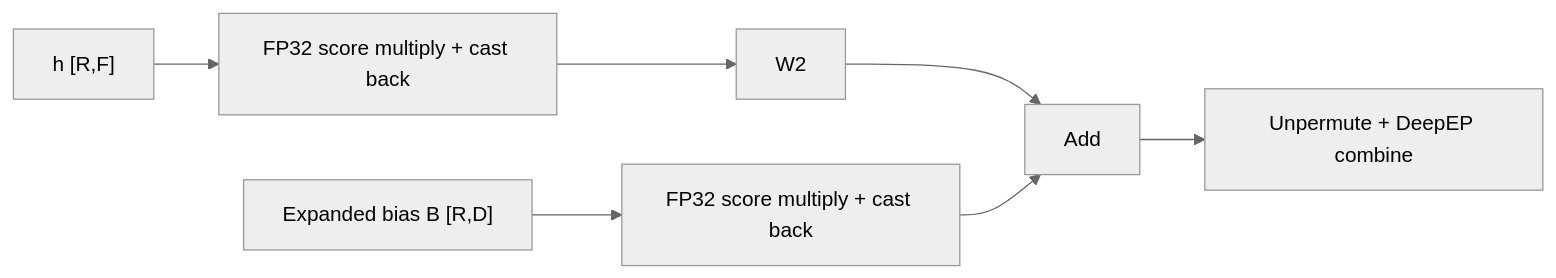
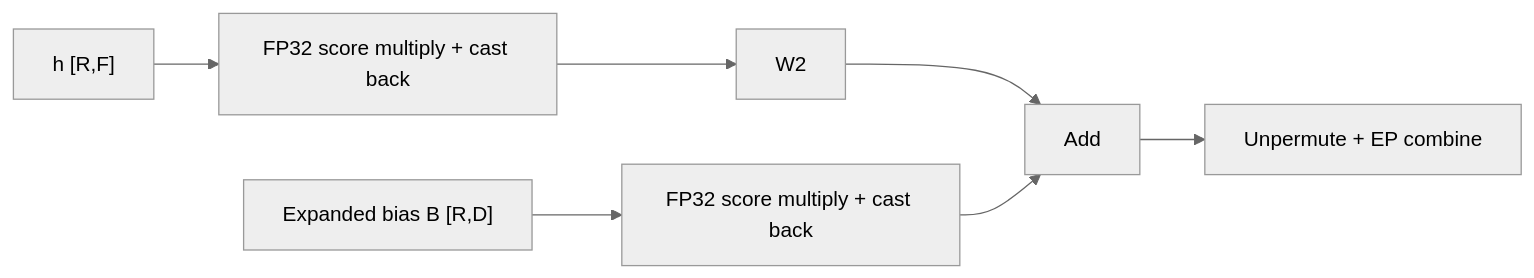
One commit to pytorch/torchtitan changed the second of 3 diagrams in torchtitan/models/common/moe/ROUTER_SCORE_ABSORPTION.md. Above: the diagram before and after it, drawn with Mermaid (neutral theme). The commit also changed other lines of this file and 7 other files, not shown here.

````diff
--- a/torchtitan/models/common/moe/ROUTER_SCORE_ABSORPTION.md
+++ b/torchtitan/models/common/moe/ROUTER_SCORE_ABSORPTION.md
@@ -24,8 +26,8 @@
 ```mermaid
 flowchart LR
     H["h [R,F]"] --> S["FP32 score multiply + cast back"] --> W["W2"]
     B["Expanded bias B [R,D]"] --> BS["FP32 score multiply + cast back"]
     W --> A["Add"]
     BS --> A
-    A --> C["Unpermute + DeepEP combine"]
+    A --> C["Unpermute + EP combine"]
 ```
````
